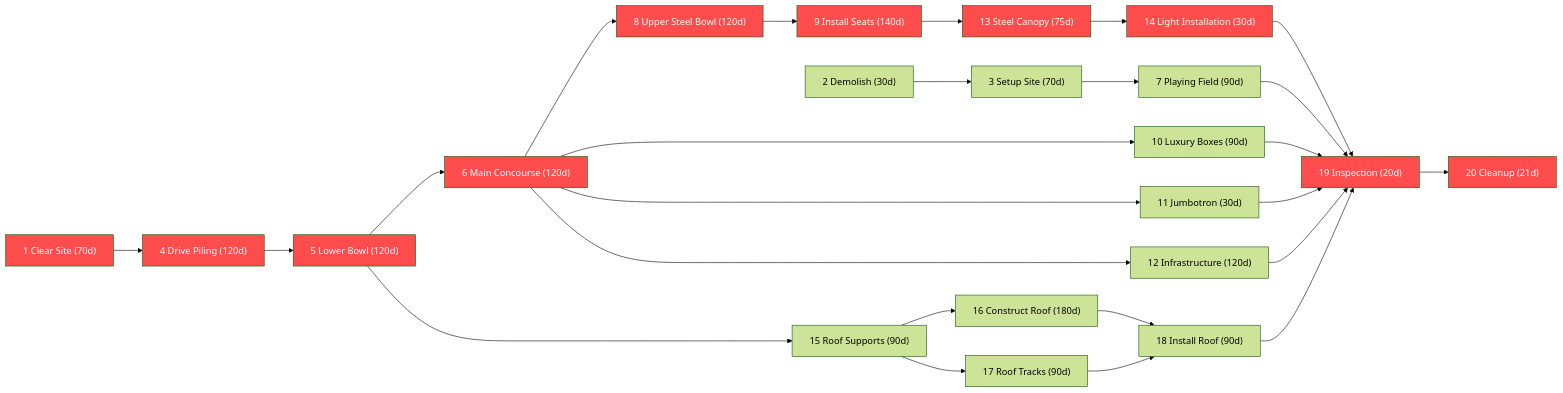
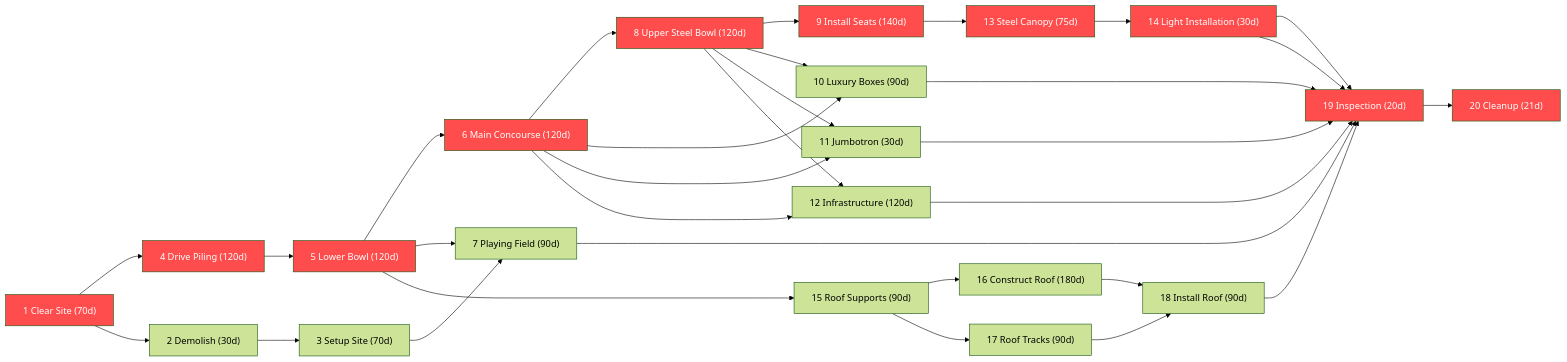
One commit to sanjanaganger22-ship-it/sanjana changed the diagram in README.md. Above: the diagram before and after it, drawn with Mermaid (forest theme).

````diff
--- a/README.md
+++ b/README.md
@@ -1,26 +1,41 @@
 ```mermaid
 flowchart LR
 
 %% ---- Critical Path ----
 1["1 Clear Site (70d)"] --> 4["4 Drive Piling (120d)"] --> 5["5 Lower Bowl (120d)"] --> 6["6 Main Concourse (120d)"] --> 8["8 Upper Steel Bowl (120d)"] --> 9["9 Install Seats (140d)"] --> 13["13 Steel Canopy (75d)"] --> 14["14 Light Installation (30d)"] --> 19["19 Inspection (20d)"] --> 20["20 Cleanup (21d)"]
 
 %% ---- Side Tasks ----
-2["2 Demolish (30d)"] --> 3["3 Setup Site (70d)"] --> 7["7 Playing Field (90d)"] --> 19
-6 --> 10["10 Luxury Boxes (90d)"] --> 19
-6 --> 11["11 Jumbotron (30d)"] --> 19
-6 --> 12["12 Infrastructure (120d)"] --> 19
-5 --> 15["15 Roof Supports (90d)"] --> 16["16 Construct Roof (180d)"] --> 18["18 Install Roof (90d)"] --> 19
-15 --> 17["17 Roof Tracks (90d)"] --> 18
+1 --> 2["2 Demolish (30d)"]
+2 --> 3["3 Setup Site (70d)"]
+3 --> 7["7 Playing Field (90d)"]
+5 --> 7
+6 --> 10["10 Luxury Boxes (90d)"]
+8 --> 10
+6 --> 11["11 Jumbotron (30d)"]
+8 --> 11
+6 --> 12["12 Infrastructure (120d)"]
+8 --> 12
+5 --> 15["15 Roof Supports (90d)"]
+15 --> 16["16 Construct Roof (180d)"]
+15 --> 17["17 Roof Tracks (90d)"]
+16 --> 18["18 Install Roof (90d)"]
+17 --> 18
+7 --> 19
+10 --> 19
+11 --> 19
+12 --> 19
+14 --> 19
+18 --> 19
 
 %% ---- Highlight Critical Path ----
 style 1 fill:#ff4d4d,color:#fff
 style 4 fill:#ff4d4d,color:#fff
 style 5 fill:#ff4d4d,color:#fff
 style 6 fill:#ff4d4d,color:#fff
 style 8 fill:#ff4d4d,color:#fff
 style 9 fill:#ff4d4d,color:#fff
 style 13 fill:#ff4d4d,color:#fff
 style 14 fill:#ff4d4d,color:#fff
 style 19 fill:#ff4d4d,color:#fff
 style 20 fill:#ff4d4d,color:#fff
 ```
````
